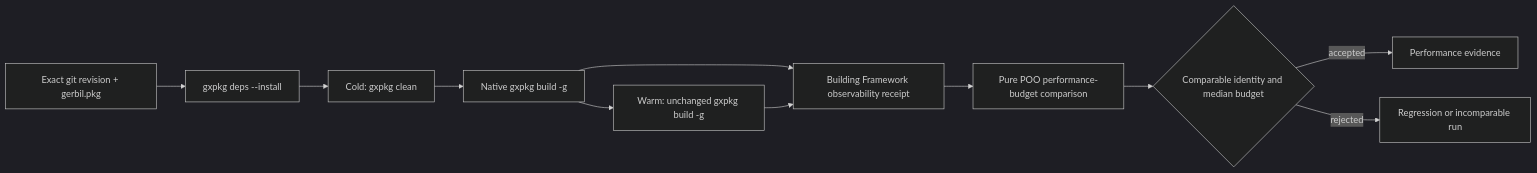
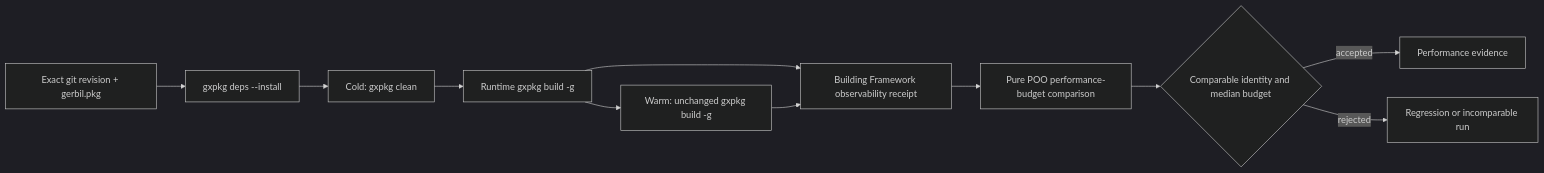
The diagram in module-system/design/147-adaptive-scheme-build-guard/03-performance-amendment/02-source-identity.org (tao3k/gebril-yuanxu), drawn with Mermaid (dark theme) before and after one commit. The commit also changed other lines of this file and 1469 other files, not shown here.

First line of the commit message:
refactor: consolidate module runtime and build interfaces

```diff
--- a/module-system/design/147-adaptive-scheme-build-guard/03-performance-amendment/02-source-identity.org
+++ b/module-system/design/147-adaptive-scheme-build-guard/03-performance-amendment/02-source-identity.org
@@ -12,13 +12,13 @@
 #+begin_src mermaid
 flowchart LR
     R["Exact git revision + gerbil.pkg"] --> D["gxpkg deps --install"]
     D --> Clean["Cold: gxpkg clean"]
-    Clean --> Cold["Native gxpkg build -g"]
+    Clean --> Cold["Runtime gxpkg build -g"]
     Cold --> Warm["Warm: unchanged gxpkg build -g"]
     Cold --> O["Building Framework observability receipt"]
     Warm --> O
     O --> C["Pure POO performance-budget comparison"]
     C --> V{"Comparable identity and median budget"}
     V -->|accepted| A["Performance evidence"]
     V -->|rejected| F["Regression or incomparable run"]
 #+end_src
```
